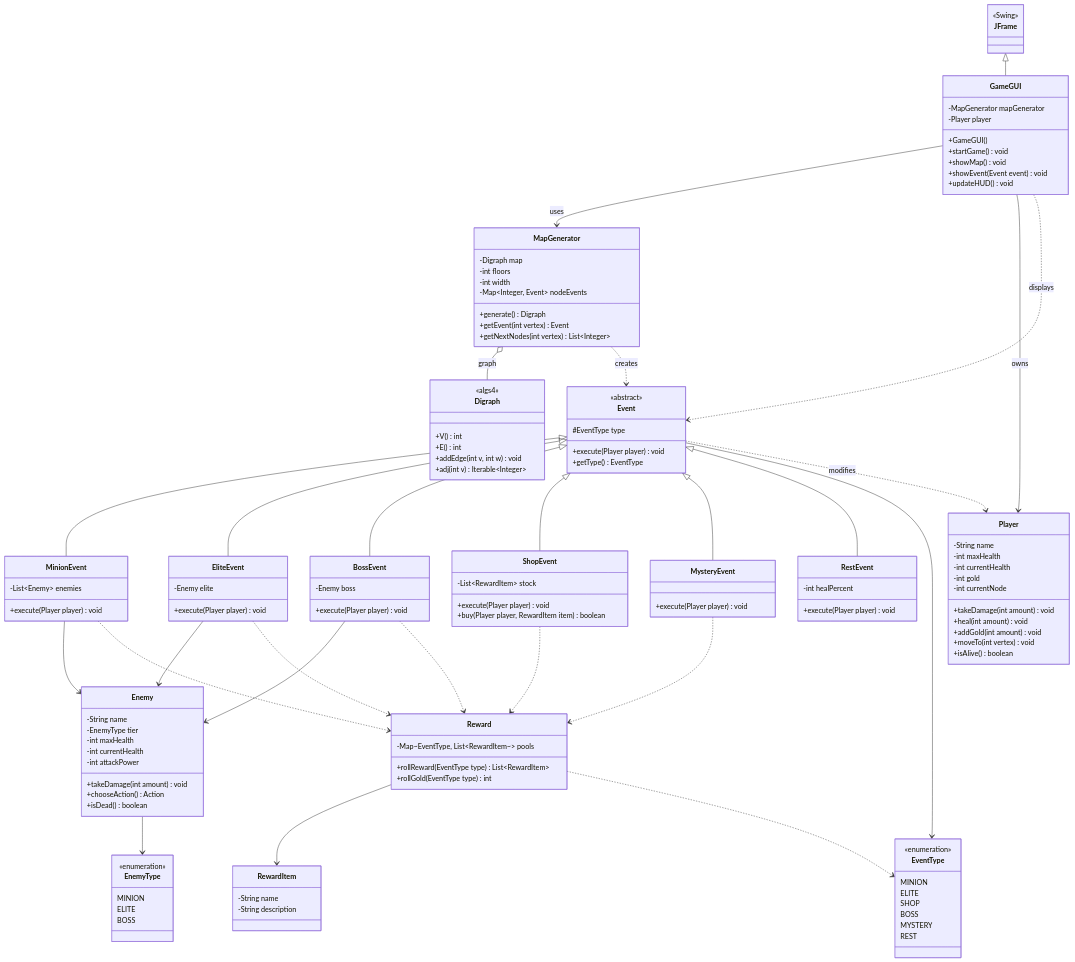
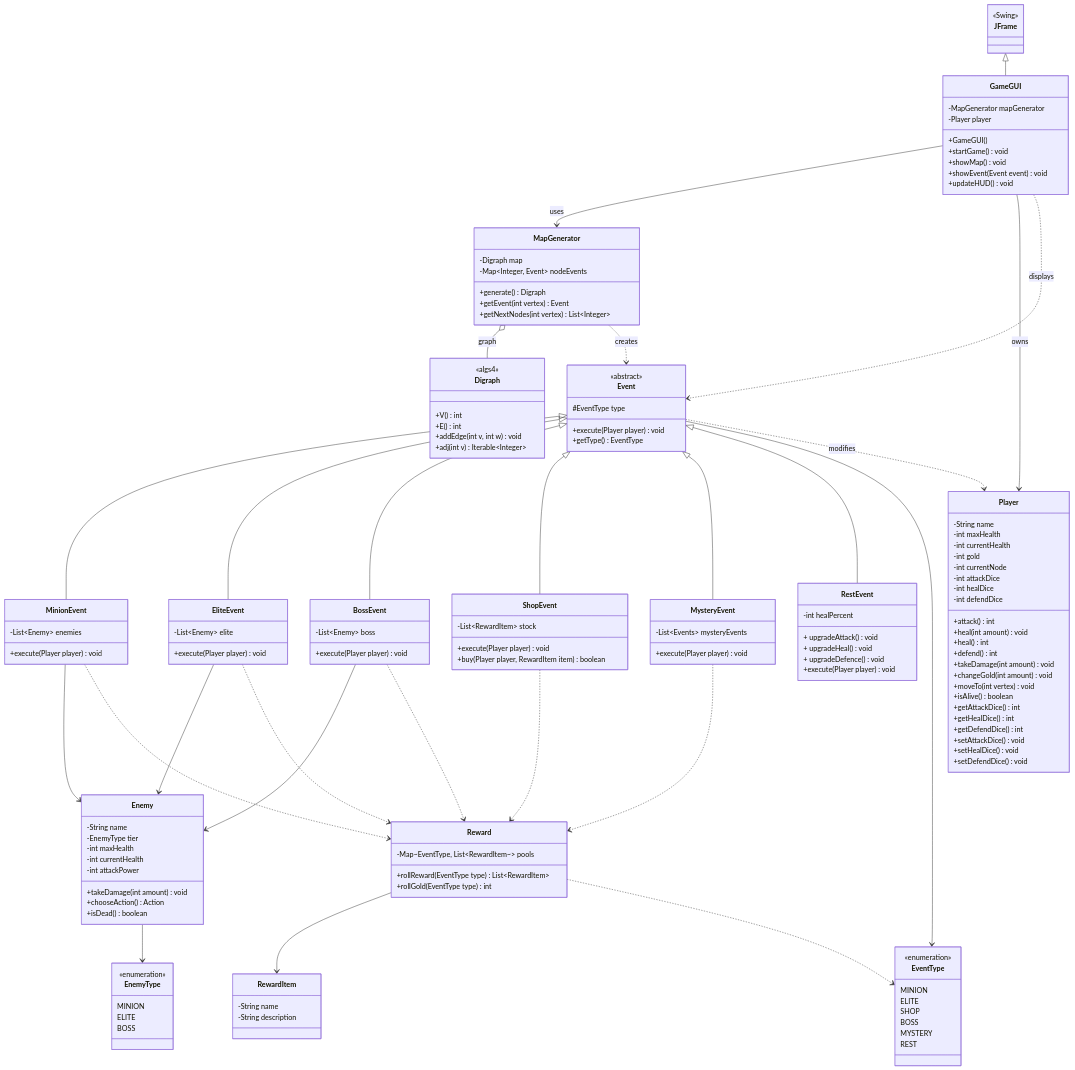
Before and after one commit to Reallugia97/CS-2420-Team-Project-Dice-the-Spire: the diagram in docs/UML.md, drawn with Mermaid.

```diff
--- a/docs/UML.md
+++ b/docs/UML.md
@@ -26,8 +26,6 @@
 
     class MapGenerator {
         -Digraph map
-        -int floors
-        -int width
         -Map~Integer, Event~ nodeEvents
         +generate() Digraph
         +getEvent(int vertex) Event
@@ -40,11 +38,23 @@
         -int currentHealth
         -int gold
         -int currentNode
+        -int attackDice
+        -int healDice
+        -int defendDice
+        +attack() int
+        +heal(int amount) void
+        +heal() int
+        +defend() int
         +takeDamage(int amount) void
-        +heal(int amount) void
-        +addGold(int amount) void
+        +changeGold(int amount) void
         +moveTo(int vertex) void
         +isAlive() boolean
+        +getAttackDice() int
+        +getHealDice() int
+        +getDefendDice() int
+        +setAttackDice() void
+        +setHealDice() void
+        +setDefendDice() void
     }
 
     class Event {
@@ -60,12 +70,12 @@
     }
 
     class EliteEvent {
-        -Enemy elite
+        -List~Enemy~ elite
         +execute(Player player) void
     }
 
     class BossEvent {
-        -Enemy boss
+        -List~Enemy~ boss
         +execute(Player player) void
     }
 
@@ -76,11 +86,15 @@
     }
 
     class MysteryEvent {
+        -List~Events~ mysteryEvents
         +execute(Player player) void
     }
 
     class RestEvent {
         -int healPercent
+        + upgradeAttack() void 
+        + upgradeHeal() void 
+        + upgradeDefence() void 
         +execute(Player player) void
     }
 
```
